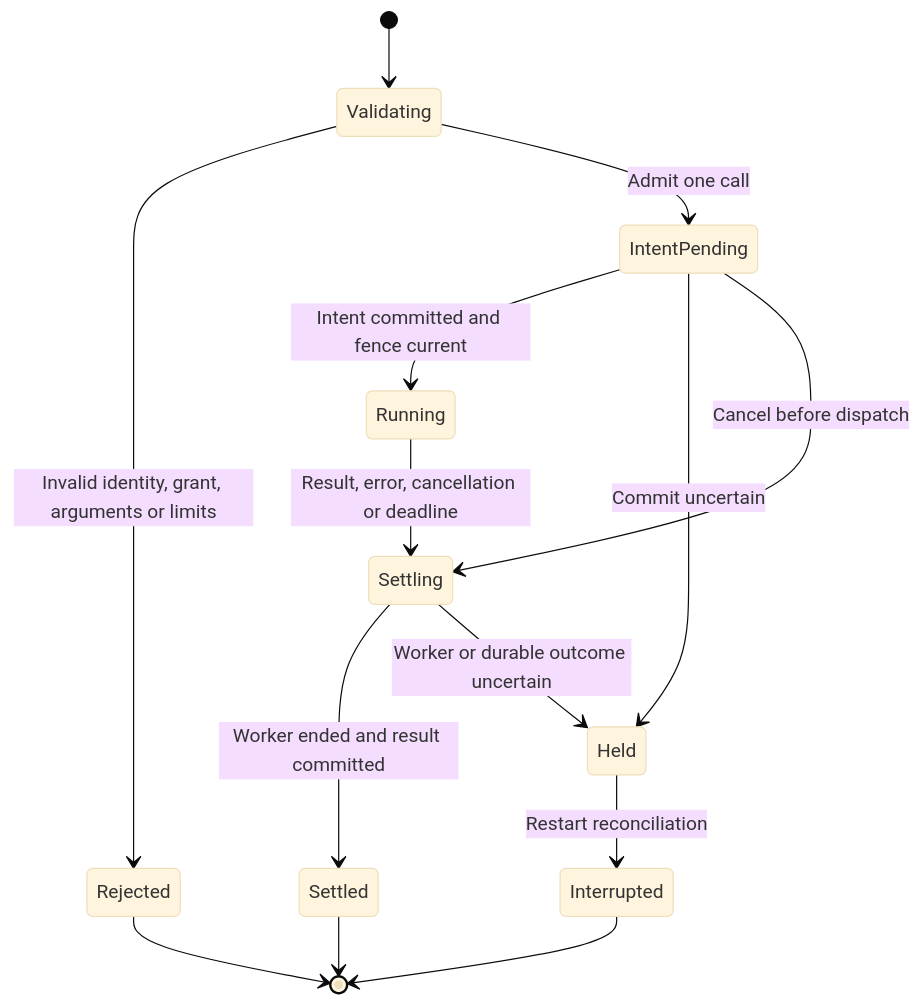
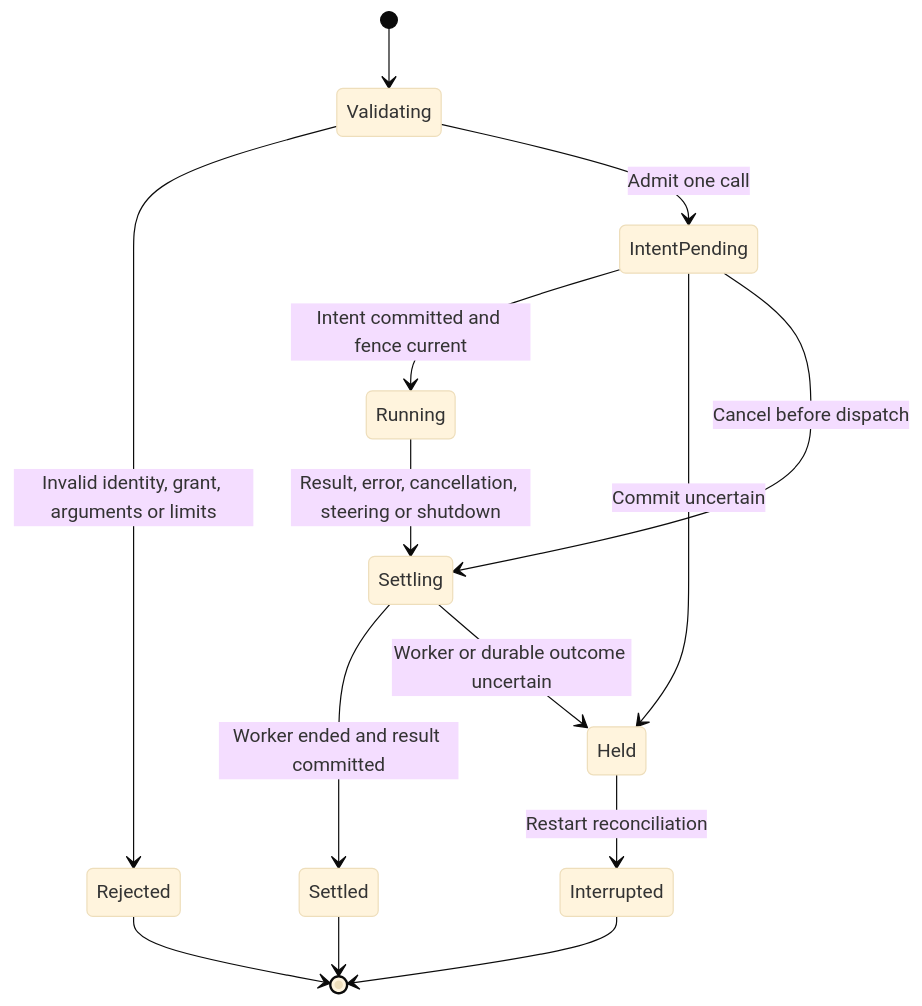
The fourth of 9 diagrams in docs/designs/model-tool-execution.md (pidster/asura), drawn with Mermaid (base theme) before and after one commit. The commit also changed other lines of this file and 107 other files, not shown here.

````diff
--- a/docs/designs/model-tool-execution.md
+++ b/docs/designs/model-tool-execution.md
@@ -201,16 +203,16 @@
 ```mermaid
 stateDiagram-v2
   [*] --> Validating
   Validating --> Rejected: Invalid identity, grant, arguments or limits
   Validating --> IntentPending: Admit one call
   IntentPending --> Running: Intent committed and fence current
   IntentPending --> Held: Commit uncertain
   IntentPending --> Settling: Cancel before dispatch
-  Running --> Settling: Result, error, cancellation or deadline
+  Running --> Settling: Result, error, cancellation, steering or shutdown
   Settling --> Settled: Worker ended and result committed
   Settling --> Held: Worker or durable outcome uncertain
   Held --> Interrupted: Restart reconciliation
   Settled --> [*]
   Rejected --> [*]
   Interrupted --> [*]
 ```
````
